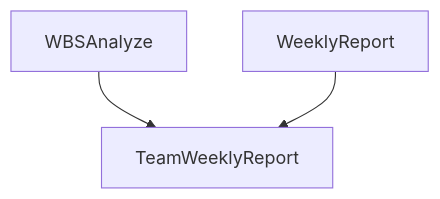
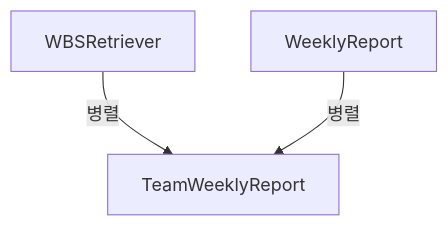
Before and after one commit to skala-yAXim/AI-end: the fourth of 4 diagrams in README.md, drawn with Mermaid. The commit also changed other lines of this file and 19 other files, not shown here.

````diff
--- a/README.md
+++ b/README.md
@@ -53,5 +111,5 @@
  ```mermaid
 graph TD;
-    WBSAnalyze --> TeamWeeklyReport
-    WeeklyReport --> TeamWeeklyReport
+    WBSRetriever -->|병렬| TeamWeeklyReport
+    WeeklyReport -->|병렬| TeamWeeklyReport
 ```
````
